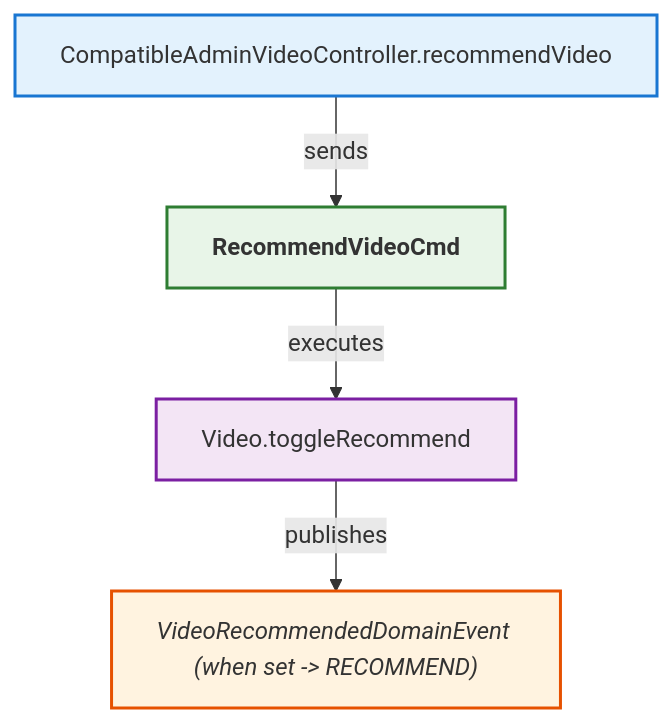
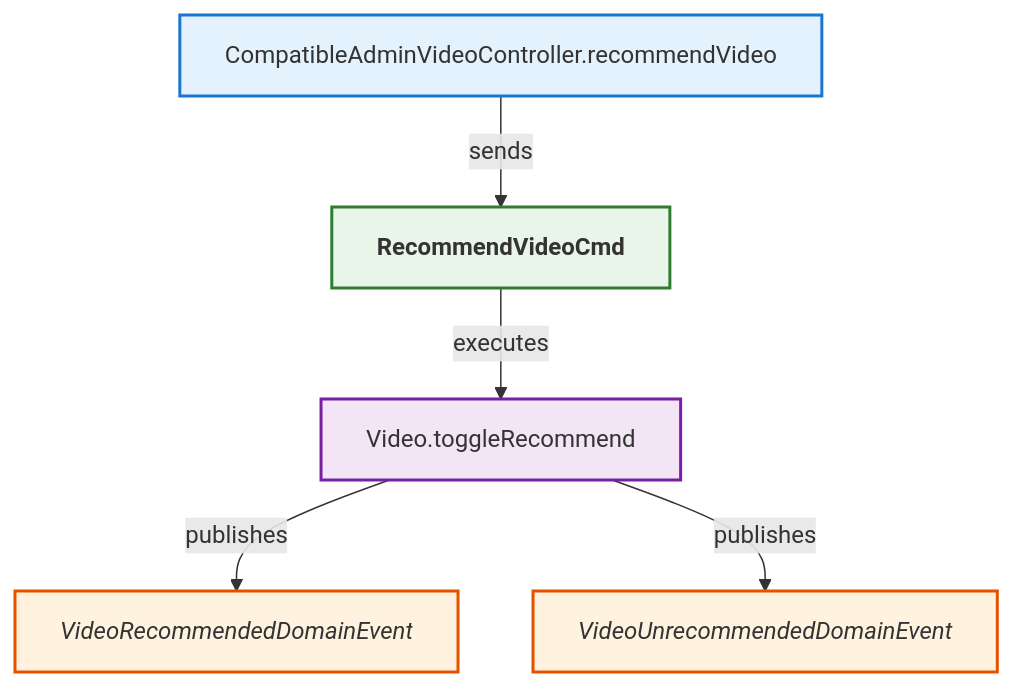
Before and after one commit to LDmoxeii/only-danmuku: the diagram in analysis/CompatibleAdminVideoController_recommendVideo.mmd, drawn with Mermaid. The commit also changed 3 other files, not shown here.

```diff
--- a/analysis/CompatibleAdminVideoController_recommendVideo.mmd
+++ b/analysis/CompatibleAdminVideoController_recommendVideo.mmd
@@ -1,34 +1,37 @@
 flowchart TB
 
     N1["CompatibleAdminVideoController.recommendVideo"]
     class N1 controllermethod;
 
     C1["RecommendVideoCmd"]
     class C1 command;
     A1["Video.toggleRecommend"]
     class A1 entitymethod;
-    E1["VideoRecommendedDomainEvent (when set -> RECOMMEND)"]
+    E1["VideoRecommendedDomainEvent"]
     class E1 domainevent;
+    E2["VideoUnrecommendedDomainEvent"]
+    class E2 domainevent;
 
     %% Relationships
     N1 -->|sends| C1
     C1 -->|executes| A1
     A1 -->|publishes| E1
+    A1 -->|publishes| E2
 
     %% Styles
     classDef controller fill:#e3f2fd,stroke:#1565c0,stroke-width:2px,font-weight:bold;
     classDef controllermethod fill:#e3f2fd,stroke:#1976d2,stroke-width:2px;
     classDef endpoint fill:#e3f2fd,stroke:#42a5f5,stroke-width:2px;
     classDef commandsender fill:#e3f2fd,stroke:#1565c0,stroke-width:2px,font-style:italic;
     classDef commandsendermethod fill:#e3f2fd,stroke:#1976d2,stroke-width:2px,font-style:italic;
     classDef command fill:#e8f5e8,stroke:#2e7d32,stroke-width:2px,font-weight:bold;
     classDef commandhandler fill:#e8f5e8,stroke:#388e3c,stroke-width:2px,font-weight:bold;
     classDef aggregate fill:#fff8e1,stroke:#ff8f00,stroke-width:3px,font-weight:bold;
     classDef entitymethod fill:#f3e5f5,stroke:#7b1fa2,stroke-width:2px;
     classDef domainevent fill:#fff3e0,stroke:#e65100,stroke-width:2px,font-style:italic;
     classDef domaineventhandler fill:#fff3e0,stroke:#ef6c00,stroke-width:2px,font-weight:bold;
     classDef integrationevent fill:#fce4ec,stroke:#880e4f,stroke-width:2px;
     classDef integrationeventhandler fill:#fce4ec,stroke:#ad1457,stroke-width:2px,font-weight:bold;
     classDef integrationeventconverter fill:#e3f2fd,stroke:#0277bd,stroke-width:2px;
     classDef repo fill:#d6dbdf,stroke:#85929e,stroke-width:2px;
     classDef uow fill:#f2f4f4,stroke:#7f8c8d,stroke-width:2px;
```
